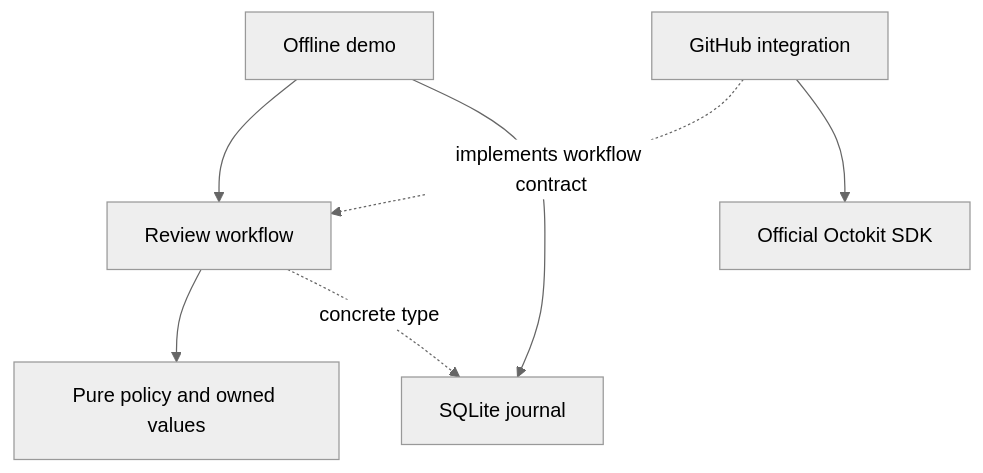
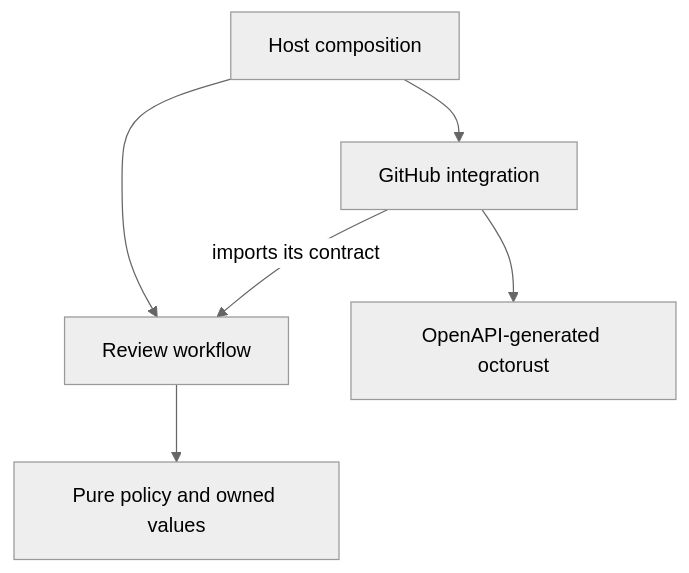
The diagram in examples/review-publication/README.md (lanej/lanej.github.com), drawn with Mermaid (neutral theme) before and after one commit. The commit also changed other lines of this file and 35 other files, not shown here.

Commit message:
Use Rust for the architecture reference and address review findings

````diff
--- a/examples/review-publication/README.md
+++ b/examples/review-publication/README.md
@@ -43,9 +36,8 @@
 ```mermaid
 flowchart TD
-    Demo["Offline demo"] --> Workflow["Review workflow"]
-    Demo --> Journal["SQLite journal"]
-    Workflow --> Core["Pure policy and owned values"]
-    Workflow -. "concrete type" .-> Journal
-    Adapter["GitHub integration"] -. "implements workflow contract" .-> Workflow
-    Adapter --> SDK["Official Octokit SDK"]
+    Host["Host composition"] --> Shell["Review workflow"]
+    Host --> Adapter["GitHub integration"]
+    Shell --> Core["Pure policy and owned values"]
+    Adapter -->|"imports its contract"| Shell
+    Adapter --> SDK["OpenAPI-generated octorust"]
 ```
````
